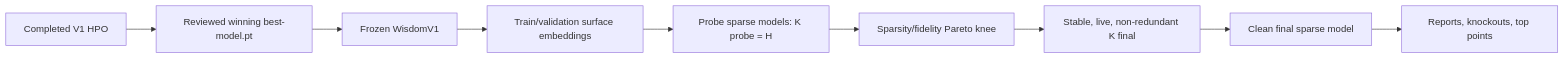
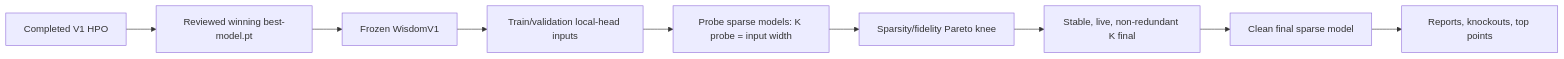
One commit to Davimity/WISDOM changed the fifth of 5 diagrams in README.md. Above: the diagram before and after it, drawn with Mermaid. The commit also changed other lines of this file and 25 other files, not shown here.

````diff
--- a/README.md
+++ b/README.md
@@ -2881,11 +3189,11 @@
 ```mermaid
 flowchart LR
     A["Completed V1 HPO"] --> B["Reviewed winning best-model.pt"]
     B --> C["Frozen WisdomV1"]
-    C --> D["Train/validation surface embeddings"]
-    D --> E["Probe sparse models: K probe = H"]
+    C --> D["Train/validation local-head inputs"]
+    D --> E["Probe sparse models: K probe = input width"]
     E --> F["Sparsity/fidelity Pareto knee"]
     F --> G["Stable, live, non-redundant K final"]
     G --> H["Clean final sparse model"]
     H --> I["Reports, knockouts, top points"]
 ```
````
